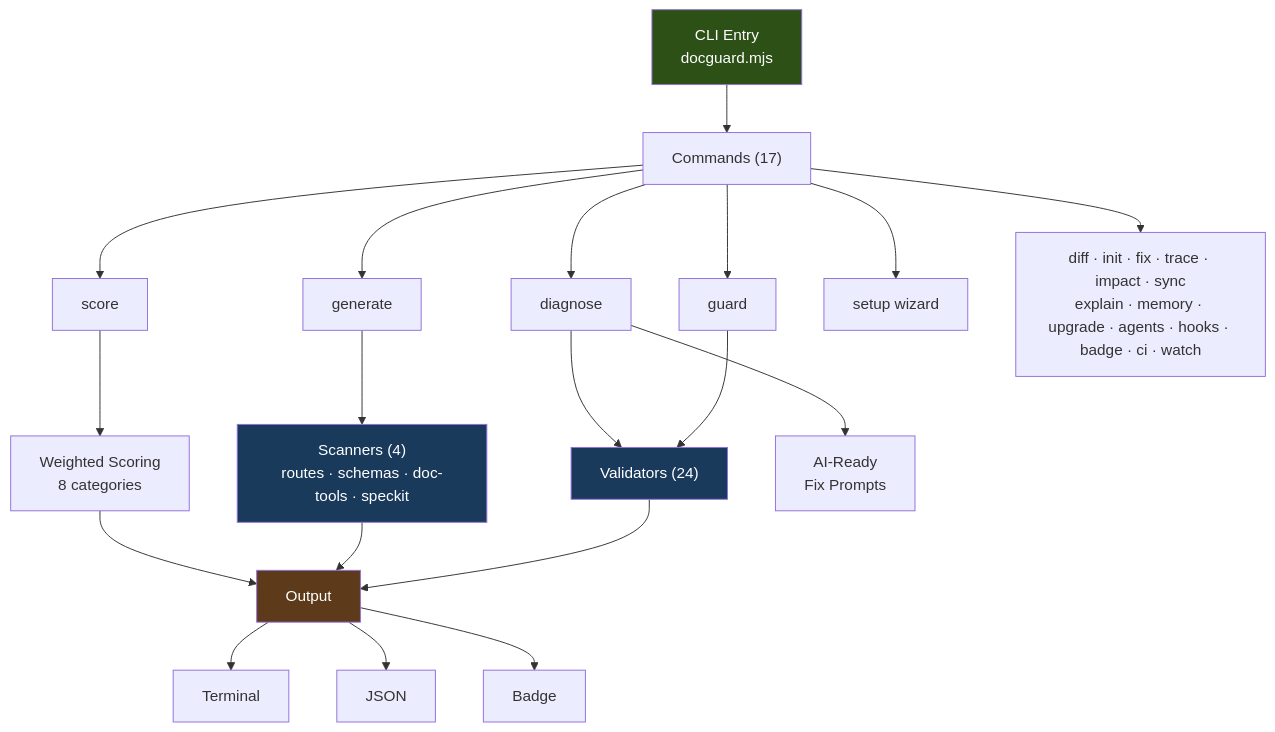
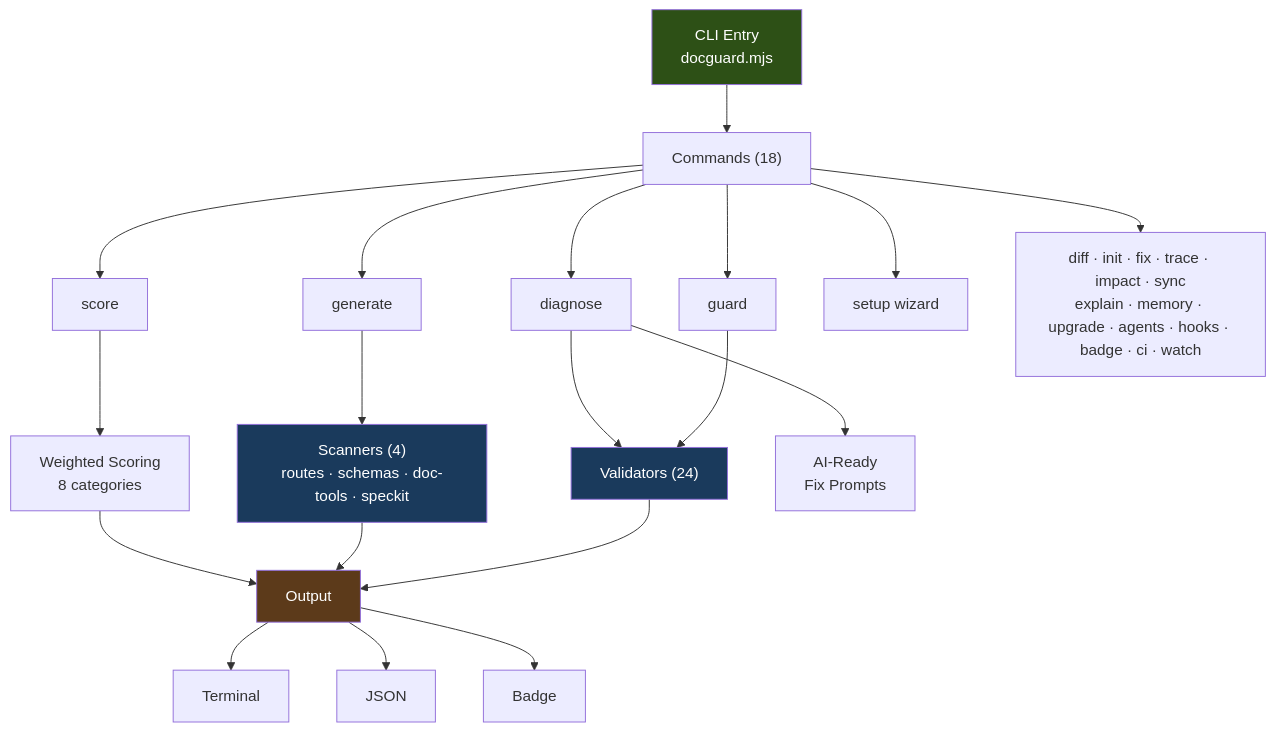
Before and after one commit to raccioly/docguard: the diagram in README.md, drawn with Mermaid. The commit also changed other lines of this file and 11 other files, not shown here.

````diff
--- a/README.md
+++ b/README.md
@@ -64,28 +65,28 @@
 ```mermaid
 graph TD
-    CLI["CLI Entry<br/>docguard.mjs"] --> Commands["Commands (17)"]
+    CLI["CLI Entry<br/>docguard.mjs"] --> Commands["Commands (18)"]
     Commands --> guard["guard"]
     Commands --> generate["generate"]
     Commands --> score["score"]
     Commands --> diagnose["diagnose"]
     Commands --> setup["setup wizard"]
     Commands --> other["diff · init · fix · trace · impact · sync<br/>explain · memory · upgrade · agents · hooks · badge · ci · watch"]
 
     guard --> Validators["Validators (24)"]
     generate --> Scanners["Scanners (4)<br/>routes · schemas · doc-tools · speckit"]
     score --> Scoring["Weighted Scoring<br/>8 categories"]
     diagnose --> Validators
     diagnose --> AIPrompts["AI-Ready<br/>Fix Prompts"]
 
     Validators --> Output["Output"]
     Scanners --> Output
     Scoring --> Output
     Output --> Terminal["Terminal"]
     Output --> JSON["JSON"]
     Output --> Badge["Badge"]
 
     style CLI fill:#2d5016,color:#fff
     style Validators fill:#1a3a5c,color:#fff
     style Scanners fill:#1a3a5c,color:#fff
     style Output fill:#5c3a1a,color:#fff
 ```
````
